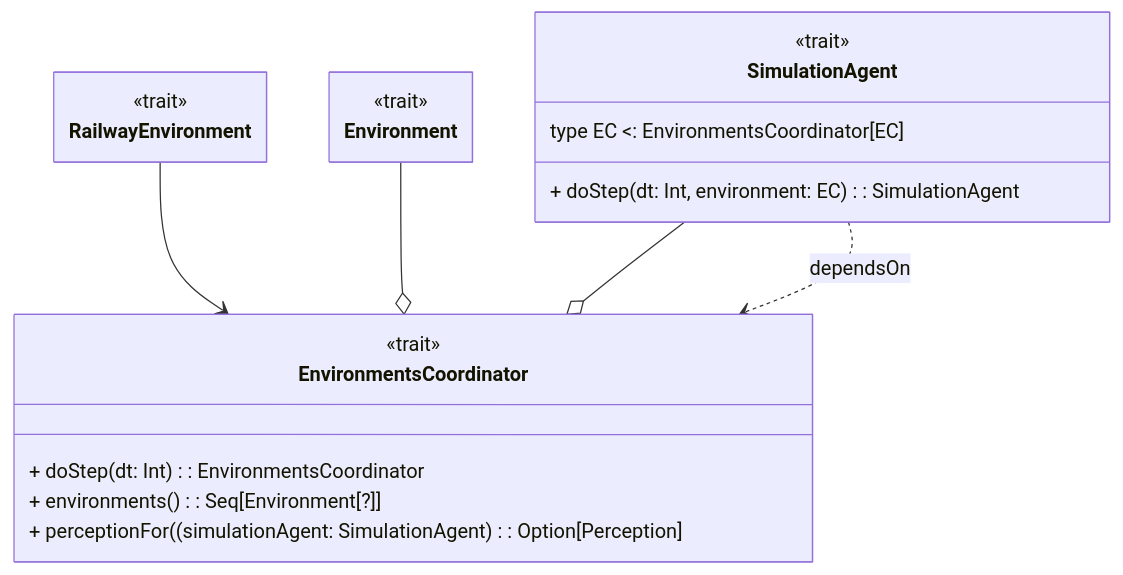
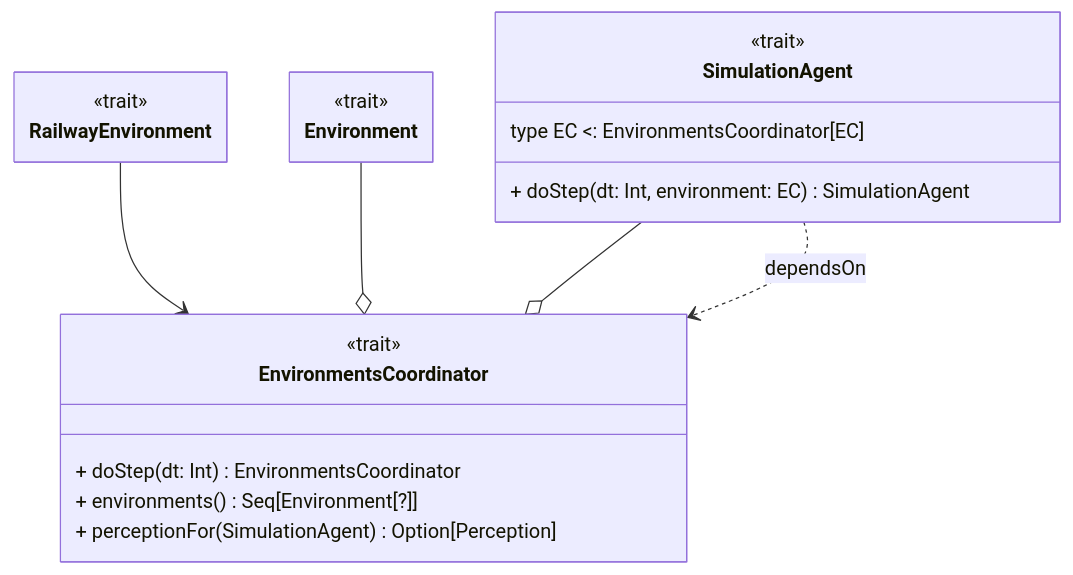
Before and after one commit to dev-pps/pps-23-ulisse: diagram 18 of 20 in docs/report/4-details-design.md, drawn with Mermaid. The commit also changed other lines of this file, not shown here.

Commit message:
docs(Architecture): adjust uml

````diff
--- a/docs/report/4-details-design.md
+++ b/docs/report/4-details-design.md
@@ -882,30 +895,30 @@
 ```mermaid
 ---
   config:
     class:
       hideEmptyMembersBox: true
 ---
 classDiagram
     class EnvironmentsCoordinator {
-        + doStep(dt: Int): EnvironmentsCoordinator
-        + environments(): Seq[Environment[?]]
-        + perceptionFor((simulationAgent: SimulationAgent): Option[Perception]
+        + doStep(dt: Int) EnvironmentsCoordinator
+        + environments() Seq[Environment[?]]
+        + perceptionFor(SimulationAgent) Option[Perception]
     }
     class RailwayEnvironment
 
     class Environment
 
     class SimulationAgent {
         type EC <: EnvironmentsCoordinator[EC]
-        + doStep(dt: Int, environment: EC): SimulationAgent
+        + doStep(dt: Int, environment: EC) SimulationAgent
     }
 
     <<trait>> EnvironmentsCoordinator
     <<trait>> RailwayEnvironment
     <<trait>> Environment
     <<trait>> SimulationAgent
     RailwayEnvironment --> EnvironmentsCoordinator
     Environment --o EnvironmentsCoordinator
     SimulationAgent --o EnvironmentsCoordinator
     SimulationAgent ..> EnvironmentsCoordinator: dependsOn
 ``` 
````
